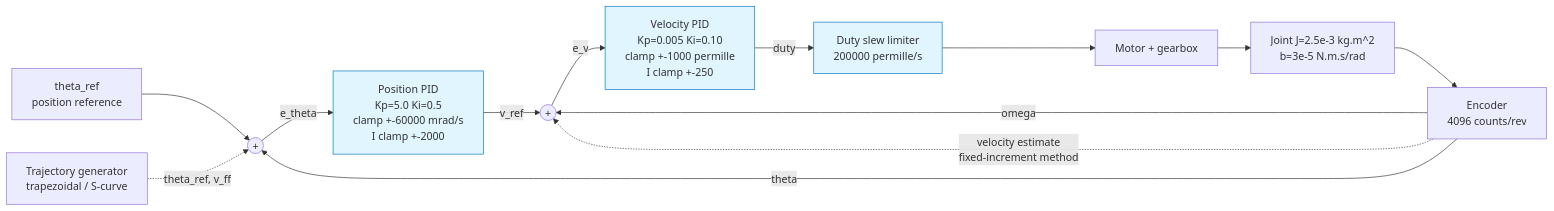
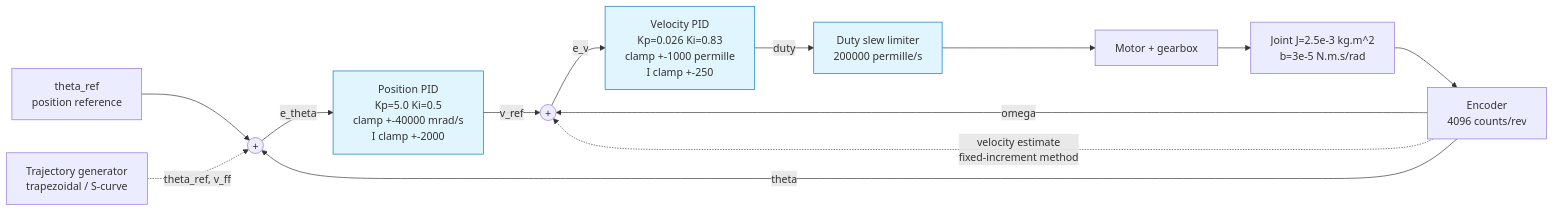
One commit to zdxddmx/second-gen-tea-picking-robot changed the fourth of 9 diagrams in README_EN.md. Above: the diagram before and after it, drawn with Mermaid. The commit also changed other lines of this file and 21 other files, not shown here.

````diff
--- a/README_EN.md
+++ b/README_EN.md
@@ -280,17 +280,17 @@
 ```mermaid
 flowchart LR
     REF["theta_ref<br/>position reference"] --> SUM1(("+"))
     TRAJ["Trajectory generator<br/>trapezoidal / S-curve"] -.->|"theta_ref, v_ff"| SUM1
-    SUM1 -->|"e_theta"| PPID["Position PID<br/>Kp=5.0 Ki=0.5<br/>clamp +-60000 mrad/s<br/>I clamp +-2000"]
+    SUM1 -->|"e_theta"| PPID["Position PID<br/>Kp=5.0 Ki=0.5<br/>clamp +-40000 mrad/s<br/>I clamp +-2000"]
     PPID -->|"v_ref"| SUM2(("+"))
-    SUM2 -->|"e_v"| VPID["Velocity PID<br/>Kp=0.005 Ki=0.10<br/>clamp +-1000 permille<br/>I clamp +-250"]
+    SUM2 -->|"e_v"| VPID["Velocity PID<br/>Kp=0.026 Ki=0.83<br/>clamp +-1000 permille<br/>I clamp +-250"]
     VPID -->|"duty"| SLEW["Duty slew limiter<br/>200000 permille/s"]
     SLEW --> MOTOR["Motor + gearbox"]
     MOTOR --> PLANT["Joint J=2.5e-3 kg.m^2<br/>b=3e-5 N.m.s/rad"]
     PLANT --> ENC["Encoder<br/>4096 counts/rev"]
     ENC -->|"theta"| SUM1
     ENC -->|"omega"| SUM2
     ENC -.->|"velocity estimate<br/>fixed-increment method"| SUM2
     classDef ctrl fill:#e1f5fe,stroke:#0277bd
     class PPID,VPID,SLEW ctrl
 ```
````
